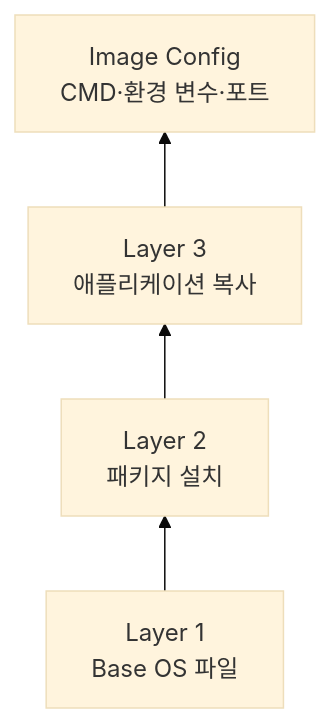
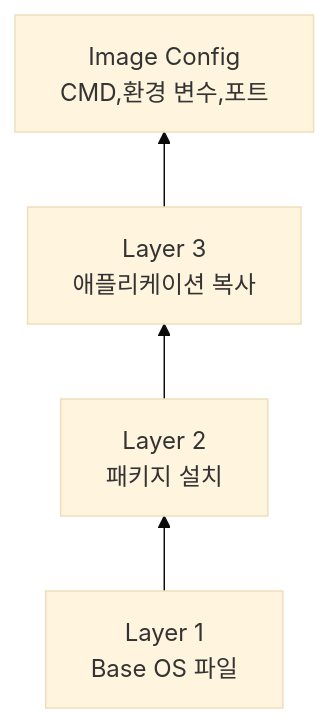
One commit to minnong511/minnong511.github.io changed the second of 5 diagrams in _posts/CI-CD-Docker/Docker/2026-08-17-docker-07-image-layer-archive.md. Above: the diagram before and after it, drawn with Mermaid (base theme). The commit also changed other lines of this file and 8 other files, not shown here.

````diff
--- a/_posts/CI-CD-Docker/Docker/2026-08-17-docker-07-image-layer-archive.md
+++ b/_posts/CI-CD-Docker/Docker/2026-08-17-docker-07-image-layer-archive.md
@@ -57,6 +57,6 @@
 ```mermaid
 flowchart BT
     L1["Layer 1<br/>Base OS 파일"] --> L2["Layer 2<br/>패키지 설치"]
     L2 --> L3["Layer 3<br/>애플리케이션 복사"]
-    L3 --> CFG["Image Config<br/>CMD·환경 변수·포트"]
+    L3 --> CFG["Image Config<br/>CMD,환경 변수,포트"]
 ```
````
